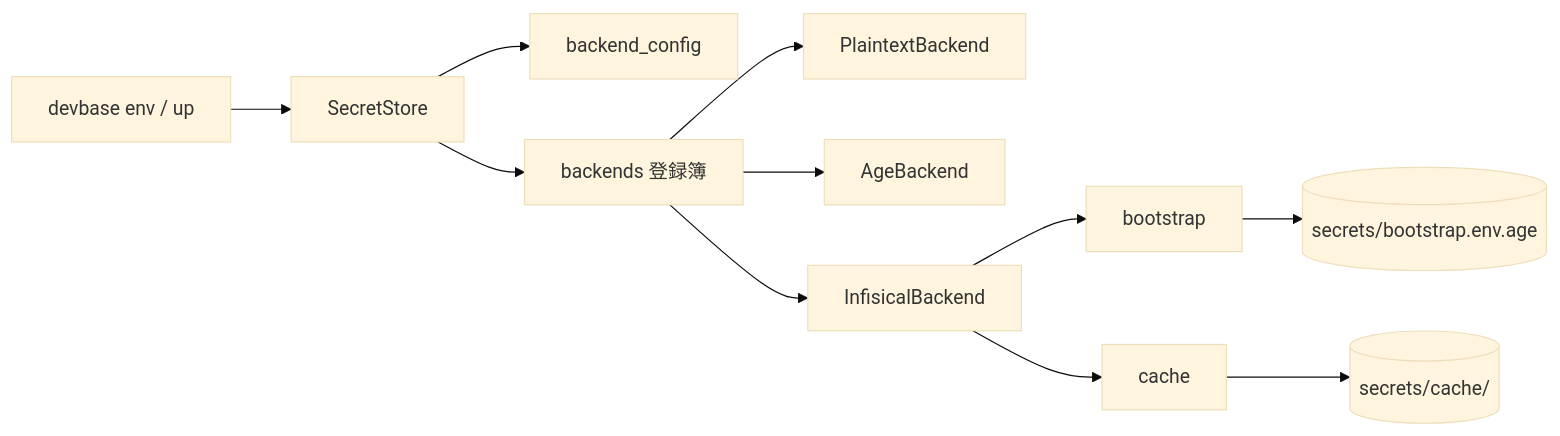
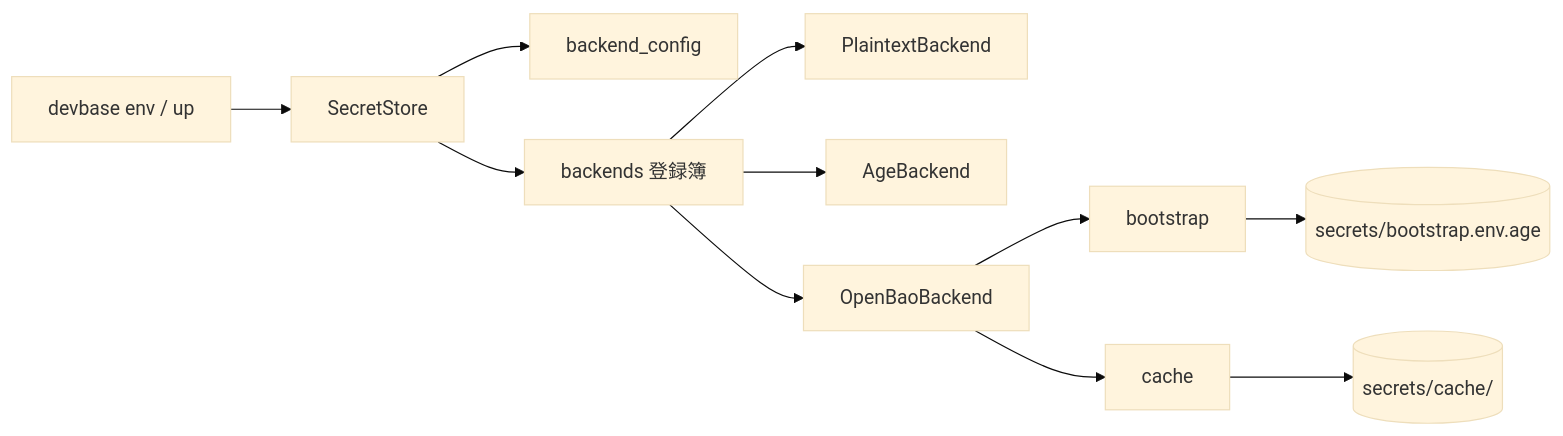
Before and after one commit to devbasex/devbase: the first of 2 diagrams in docs/specifications/secret-backend.md, drawn with Mermaid (base theme). The commit also changed other lines of this file and 3 other files, not shown here.

First line of the commit message:
docs(PLAN51): サーバ backend の設計を Infisical から OpenBao へ組み替える

````diff
--- a/docs/specifications/secret-backend.md
+++ b/docs/specifications/secret-backend.md
@@ -46,13 +65,13 @@
 ```mermaid
 flowchart LR
     CLI[devbase env / up] --> ST[SecretStore]
     ST --> CFG[backend_config]
     ST --> REG[backends 登録簿]
     REG --> PT[PlaintextBackend]
     REG --> AGE[AgeBackend]
-    REG --> INF[InfisicalBackend]
-    INF --> BS[bootstrap]
-    INF --> CA[cache]
+    REG --> OB[OpenBaoBackend]
+    OB --> BS[bootstrap]
+    OB --> CA[cache]
     BS --> AGEFILE[(secrets/bootstrap.env.age)]
     CA --> CAFILE[(secrets/cache/)]
 ```
````
